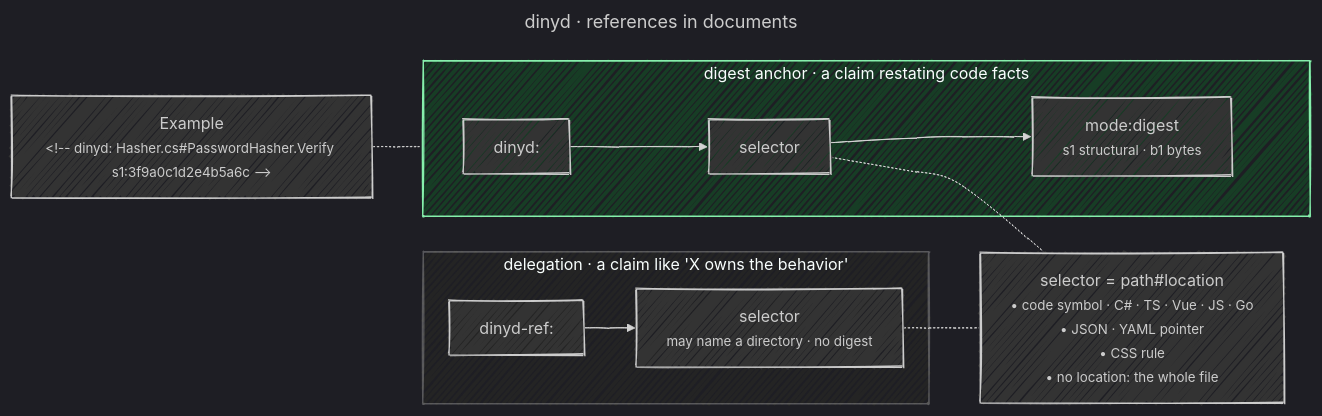
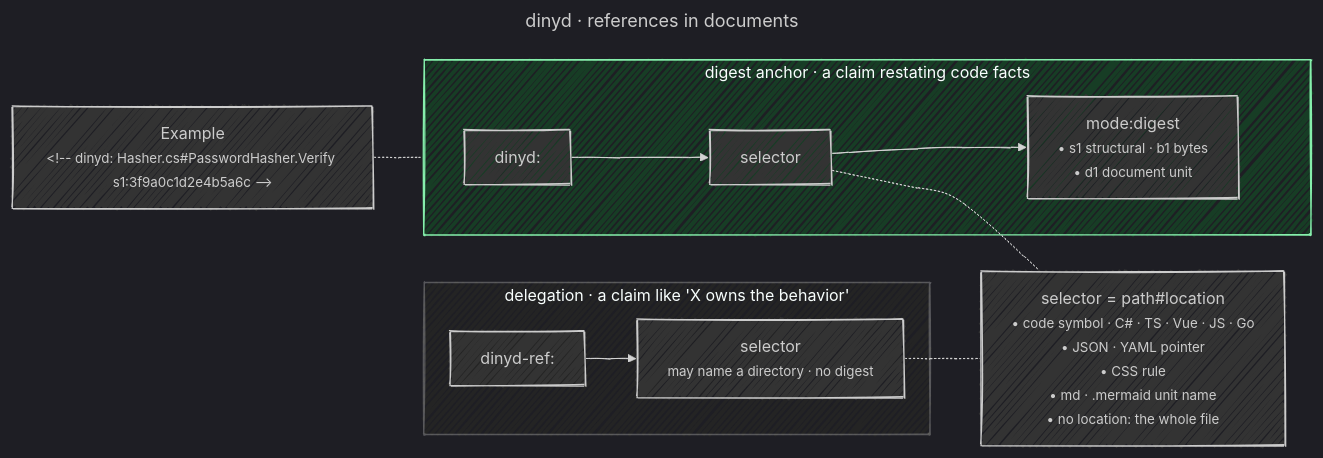
One commit to undervoke/dinyd changed the diagram in blueprint/anchors.mermaid. Above: the diagram before and after it, drawn with Mermaid. The commit also changed 11 other files, not shown here.

```diff
--- a/blueprint/anchors.mermaid
+++ b/blueprint/anchors.mermaid
@@ -1,40 +1,43 @@
 ---
 title: dinyd · references in documents
 config:
   look: handDrawn
   handDrawnSeed: 5
   theme: dark
   themeVariables:
     mainBkg: "#333333"
     clusterBkg: "#242424"
   themeCSS: |
     small { display: inline-block; text-align: left; }
   flowchart:
     wrappingWidth: 300
 ---
 %% Behavior authority: this diagram.
 %% References live only inline in documents. Nothing goes in code files or in a separate mapping file. The code → claim direction is obtained by scanning documents.
 %% Notation: in md an anchor is an HTML comment (#lt;!-- … --#gt;), skipped inside code blocks (fenced · indented) and inline code. In .mermaid it is an own-line %% comment, and leading frontmatter is skipped. The documents checked are tracked *.md · *.mermaid.
 %% selector = path#location. The path is the Git path from the repository root, with / as the only separator. A path containing ./ · .. · \ · whitespace · --> · %% is malformed. The location may contain spaces (CSS descendant selectors, etc.). Line numbers are not used.
 %% Code symbol members that share a name (overloads) are ambiguous and therefore unresolved. An explicit Verify(*) groups the same-named members, in source order, into one region.
 %% apply chooses the mode. The default is per format (s1 when structural normalization exists, otherwise b1), and apply --bytes chooses b1. s1 carries tokens and nesting but not node kind names. Whitespace and line breaks between tokens are ignored; the contents of strings · scalars · comments are kept verbatim, inner whitespace included, and comments count as tokens. An s1 recorded for a target without structural normalization is unresolved. b1 is the bytes with only CRLF→LF changed. The digest is the first 16 hex digits of SHA-256, and check recomputes it with the recorded mode.
 %% A hand-written digest anchor without a digest is undeclared, and update fills it.
+%% Document unit: the target document wraps a span in #lt;!-- dinyd-id: NAME --#gt; … #lt;!-- /dinyd-id: NAME --#gt; (own-line %% dinyd-id: NAME · %% /dinyd-id: NAME in .mermaid), and the selector doc#NAME names it. NAME is [A-Za-z0-9_.-]+; pairing is by name, so units may nest or cross. Declarations follow the anchor skip rules.
+%% The unit is the bytes between its boundaries: an own-line boundary excludes its whole line with its terminator, an inline one the comment exactly. Inside, dinyd comments are projected out: own-line ones with their line, inline declarations as zero width, inline anchors with the one space before them.
+%% d1 hashes that projection after CRLF→LF and is the only mode for a unit: an s1 · b1 on a unit, or a d1 elsewhere, is unresolved. A declaration that does not parse is malformed in its own document. A name not declared exactly once as a start and an end, or whose end comes first, is unresolved on each referer; unreferenced ones stay silent.
 flowchart LR
   Example["Example<br/><small>#lt;!-- dinyd: Hasher.cs#PasswordHasher.Verify s1:3f9a0c1d2e4b5a6c --#gt;</small>"]
 
   subgraph DigestAnchor["digest anchor · a claim restating code facts"]
-    D1["dinyd:"] --> D2["selector"] --> D3["mode:digest<br/><small>s1 structural · b1 bytes</small>"]
+    D1["dinyd:"] --> D2["selector"] --> D3["mode:digest<br/><small>• s1 structural · b1 bytes<br/>• d1 document unit</small>"]
   end
 
   subgraph RefAnchor["delegation · a claim like 'X owns the behavior'"]
     R1["dinyd-ref:"] --> R2["selector<br/><small>may name a directory · no digest</small>"]
   end
 
-  Where["selector = path#location<br/><small>• code symbol · C# · TS · Vue · JS · Go<br/>• JSON · YAML pointer<br/>• CSS rule<br/>• no location: the whole file</small>"]
+  Where["selector = path#location<br/><small>• code symbol · C# · TS · Vue · JS · Go<br/>• JSON · YAML pointer<br/>• CSS rule<br/>• md · .mermaid unit name<br/>• no location: the whole file</small>"]
 
   Example -.- DigestAnchor
   D2 -.- Where
   R2 -.- Where
 
   classDef em fill:#173d25,stroke:#86efac
   class DigestAnchor em
```
